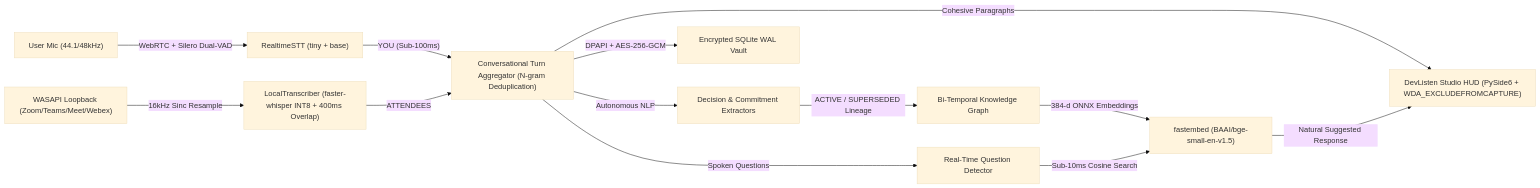
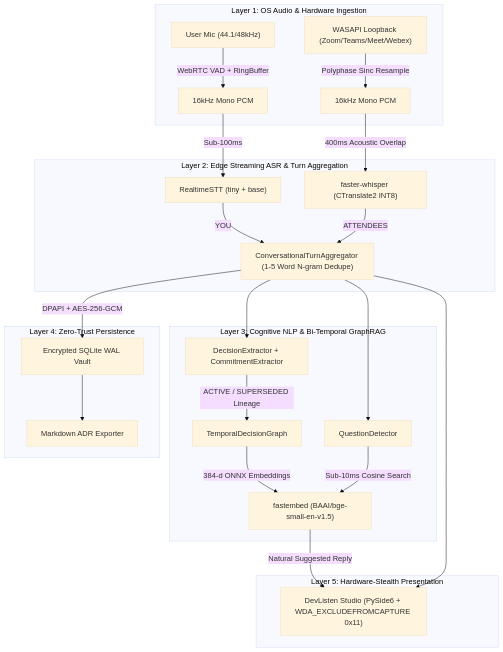
Before and after one commit to Devanshu777/DevListen: the diagram in README.md, drawn with Mermaid (base theme). The commit also changed other lines of this file and 1 other file, not shown here.

Commit message:
feat(docs): add 5-layer system architecture and background meeting window with auto show/hide

````diff
--- a/README.md
+++ b/README.md
@@ -17,19 +17,32 @@
 ```mermaid
-flowchart LR
-    MIC["User Mic (44.1/48kHz)"] -->|"WebRTC + Silero Dual-VAD"| RT["RealtimeSTT (tiny + base)"]
-    LB["WASAPI Loopback (Zoom/Teams/Meet/Webex)"] -->|"16kHz Sinc Resample"| LT["LocalTranscriber (faster-whisper INT8 + 400ms Overlap)"]
+flowchart TB
+    subgraph L1["Layer 1: OS Audio & Hardware Ingestion"]
+        MIC["User Mic (44.1/48kHz)"] -->|"WebRTC VAD + RingBuffer"| RES1["16kHz Mono PCM"]
+        LB["WASAPI Loopback (Zoom/Teams/Meet/Webex)"] -->|"Polyphase Sinc Resample"| RES2["16kHz Mono PCM"]
+    end
 
-    RT -->|"YOU (Sub-100ms)"| AGG["Conversational Turn Aggregator (N-gram Deduplication)"]
-    LT -->|"ATTENDEES"| AGG
+    subgraph L2["Layer 2: Edge Streaming ASR & Turn Aggregation"]
+        RES1 -->|"Sub-100ms"| RT["RealtimeSTT (tiny + base)"]
+        RES2 -->|"400ms Acoustic Overlap"| LT["faster-whisper (CTranslate2 INT8)"]
+        RT -->|"YOU"| AGG["ConversationalTurnAggregator (1-5 Word N-gram Dedupe)"]
+        LT -->|"ATTENDEES"| AGG
+    end
 
-    AGG -->|"Cohesive Paragraphs"| HUD["DevListen Studio HUD (PySide6 + WDA_EXCLUDEFROMCAPTURE)"]
-    AGG -->|"Autonomous NLP"| EXT["Decision & Commitment Extractors"]
-    AGG -->|"Spoken Questions"| QD["Real-Time Question Detector"]
+    subgraph L3["Layer 3: Cognitive NLP & Bi-Temporal GraphRAG"]
+        AGG --> EXT["DecisionExtractor + CommitmentExtractor"]
+        AGG --> QD["QuestionDetector"]
+        EXT -->|"ACTIVE / SUPERSEDED Lineage"| GRAPH["TemporalDecisionGraph"]
+        GRAPH -->|"384-d ONNX Embeddings"| VEC["fastembed (BAAI/bge-small-en-v1.5)"]
+        QD -->|"Sub-10ms Cosine Search"| VEC
+    end
 
-    EXT -->|"ACTIVE / SUPERSEDED Lineage"| GRAPH["Bi-Temporal Knowledge Graph"]
-    GRAPH -->|"384-d ONNX Embeddings"| VEC["fastembed (BAAI/bge-small-en-v1.5)"]
-    QD -->|"Sub-10ms Cosine Search"| VEC
-    VEC -->|"Natural Suggested Response"| HUD
+    subgraph L4["Layer 4: Zero-Trust Persistence"]
+        AGG -->|"DPAPI + AES-256-GCM"| VAULT["Encrypted SQLite WAL Vault"]
+        VAULT --> EXP["Markdown ADR Exporter"]
+    end
 
-    AGG -->|"DPAPI + AES-256-GCM"| VAULT["Encrypted SQLite WAL Vault"]
+    subgraph L5["Layer 5: Hardware-Stealth Presentation"]
+        VEC -->|"Natural Suggested Reply"| HUD["DevListen Studio (PySide6 + WDA_EXCLUDEFROMCAPTURE 0x11)"]
+        AGG --> HUD
+    end
 ```
````
